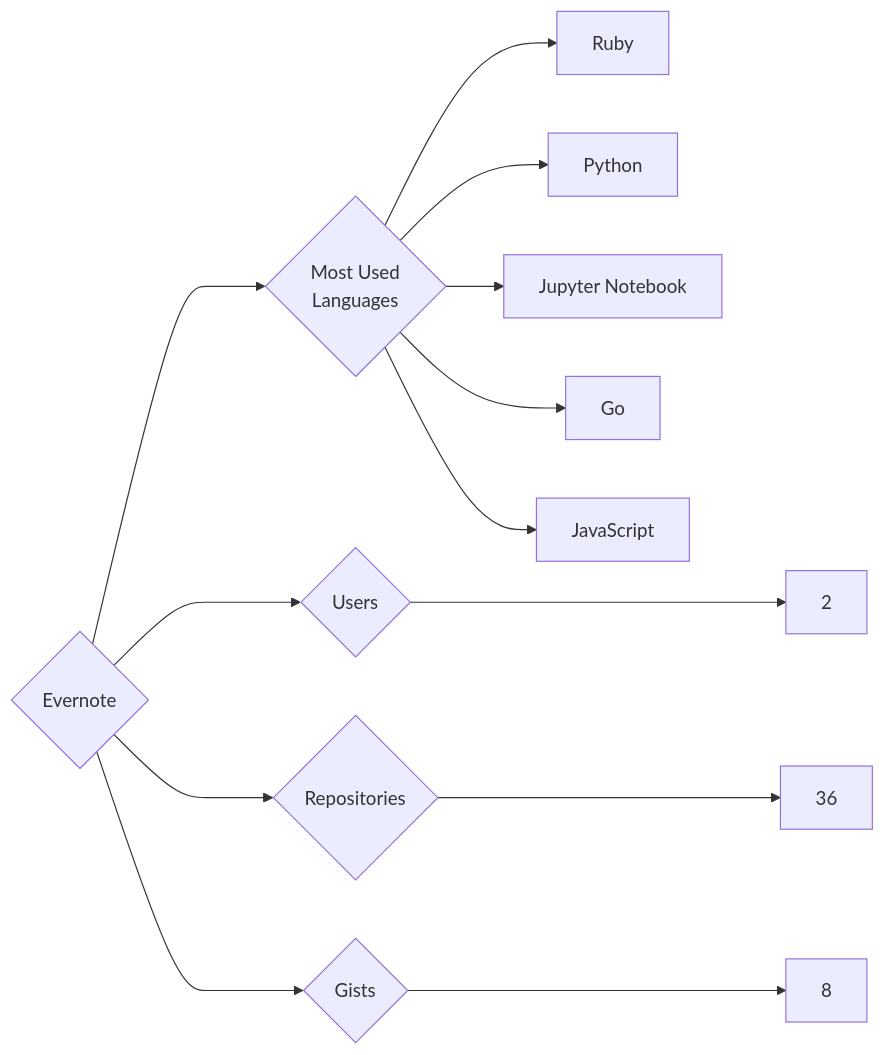
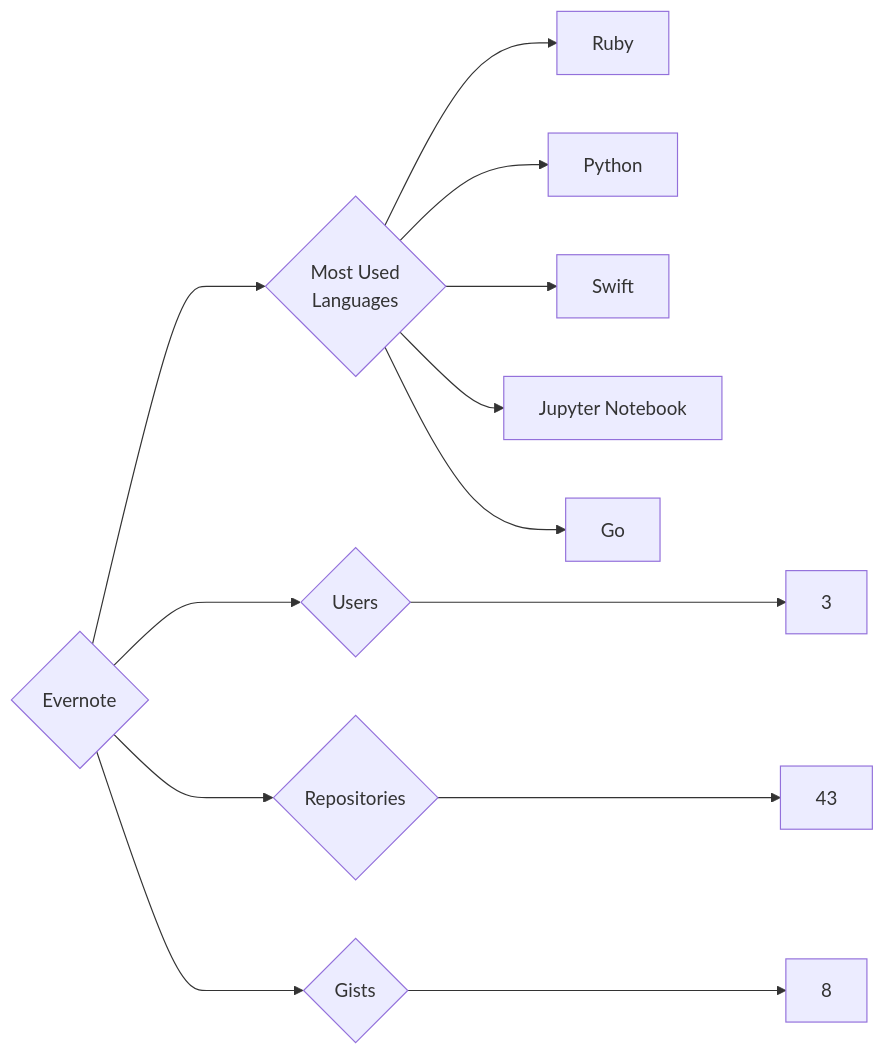
Before and after one commit to trickest/insiders: the diagram in targets/Evernote/README.md, drawn with Mermaid. The commit also changed 985 other files, not shown here.

````diff
--- a/targets/Evernote/README.md
+++ b/targets/Evernote/README.md
@@ -3,13 +3,13 @@
 ```mermaid
 graph LR
 COMPANY_NAME{Evernote}
-COMPANY_NAME ---> U{Users} ---> UN[2]
-COMPANY_NAME ---> R{Repositories} ---> RN[36]
+COMPANY_NAME ---> U{Users} ---> UN[3]
+COMPANY_NAME ---> R{Repositories} ---> RN[43]
 COMPANY_NAME ---> G{Gists} ---> GN[8]
 COMPANY_NAME ---> ML{Most Used<br>Languages}
 ML --> Ruby[Ruby]
 ML --> Python[Python]
+ML --> Swift[Swift]
 ML --> Jupyter_Notebook[Jupyter Notebook]
 ML --> Go[Go]
-ML --> JavaScript[JavaScript]
 ```
````
